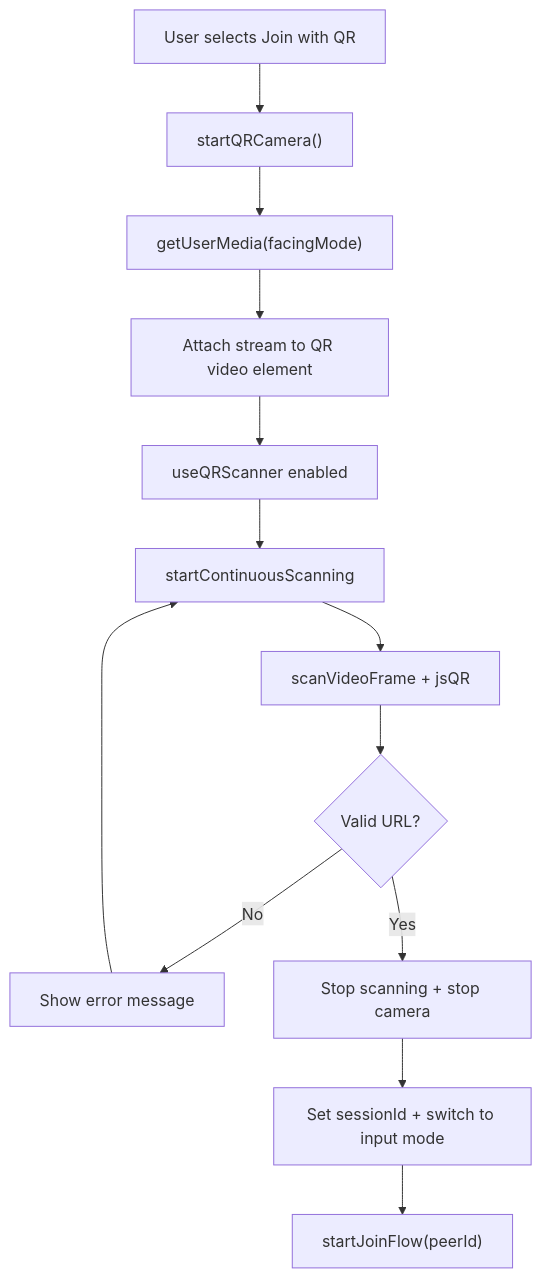
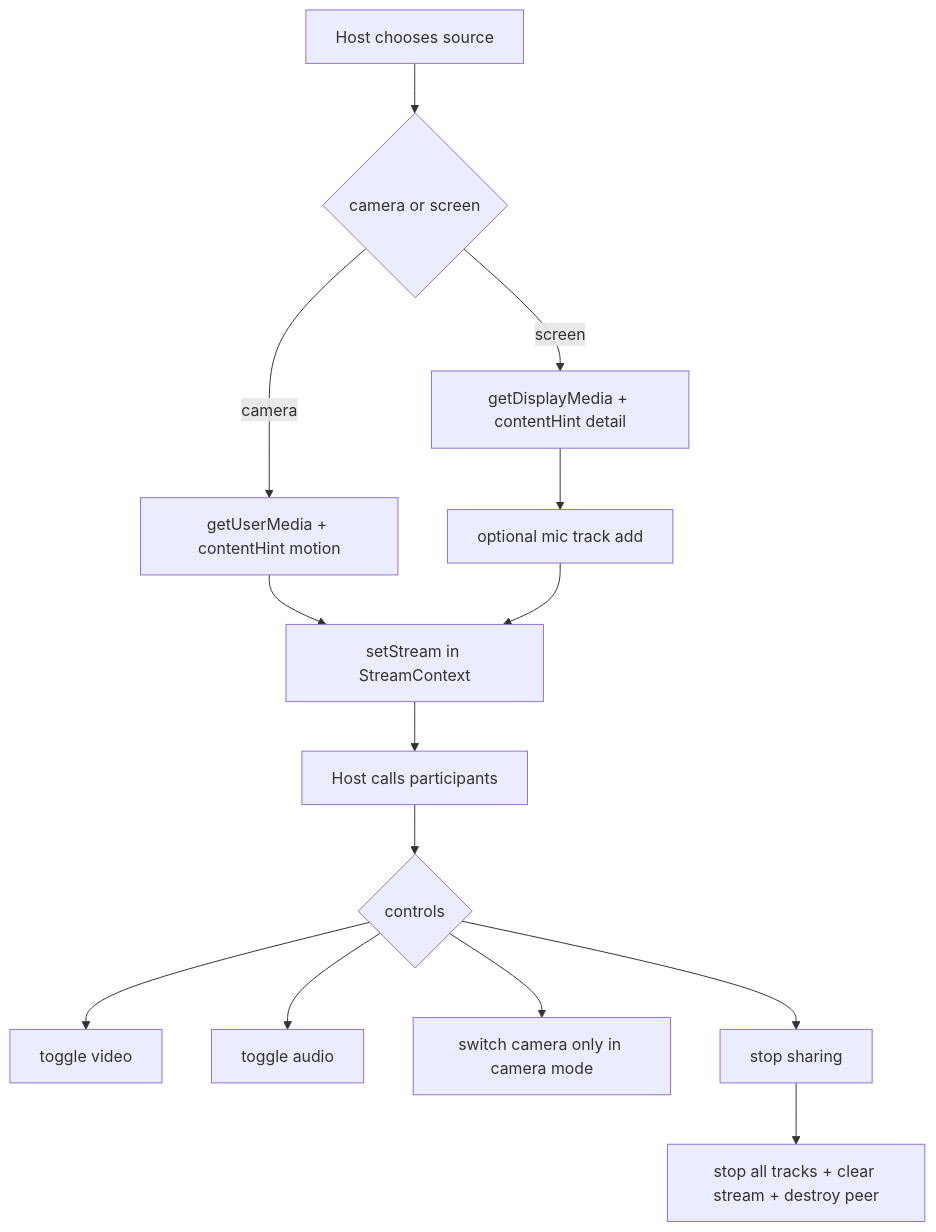
The fifth of 6 diagrams in ARCHITECTURE.md (BackGwa/Perspective), drawn with Mermaid before and after one commit. The commit also changed other lines of this file, not shown here.

Commit message:
docs: simplify architecture diagrams while preserving core flows

````diff
--- a/ARCHITECTURE.md
+++ b/ARCHITECTURE.md
@@ -194,15 +113,16 @@
 ```mermaid
 flowchart TD
-    A[User selects Join with QR] --> B["startQRCamera()"]
-    B --> C["getUserMedia(facingMode)"]
-    C --> D[Attach stream to QR video element]
-    D --> E[useQRScanner enabled]
-    E --> F[startContinuousScanning]
-    F --> G["scanVideoFrame + jsQR"]
-    G --> H{Valid URL?}
-    H -->|No| I[Show error message]
-    I --> F
-    H -->|Yes| J[Stop scanning + stop camera]
-    J --> K[Set sessionId + switch to input mode]
-    K --> L["startJoinFlow(peerId)"]
+    A[Host chooses source] --> B{camera or screen}
+    B -->|camera| C[getUserMedia + contentHint motion]
+    B -->|screen| D[getDisplayMedia + contentHint detail]
+    D --> E[optional mic track add]
+    C --> F[setStream in StreamContext]
+    E --> F
+    F --> G[Host calls participants]
+    G --> H{controls}
+    H --> I[toggle video]
+    H --> J[toggle audio]
+    H --> K[switch camera only in camera mode]
+    H --> L[stop sharing]
+    L --> M[stop all tracks + clear stream + destroy peer]
 ```
````
